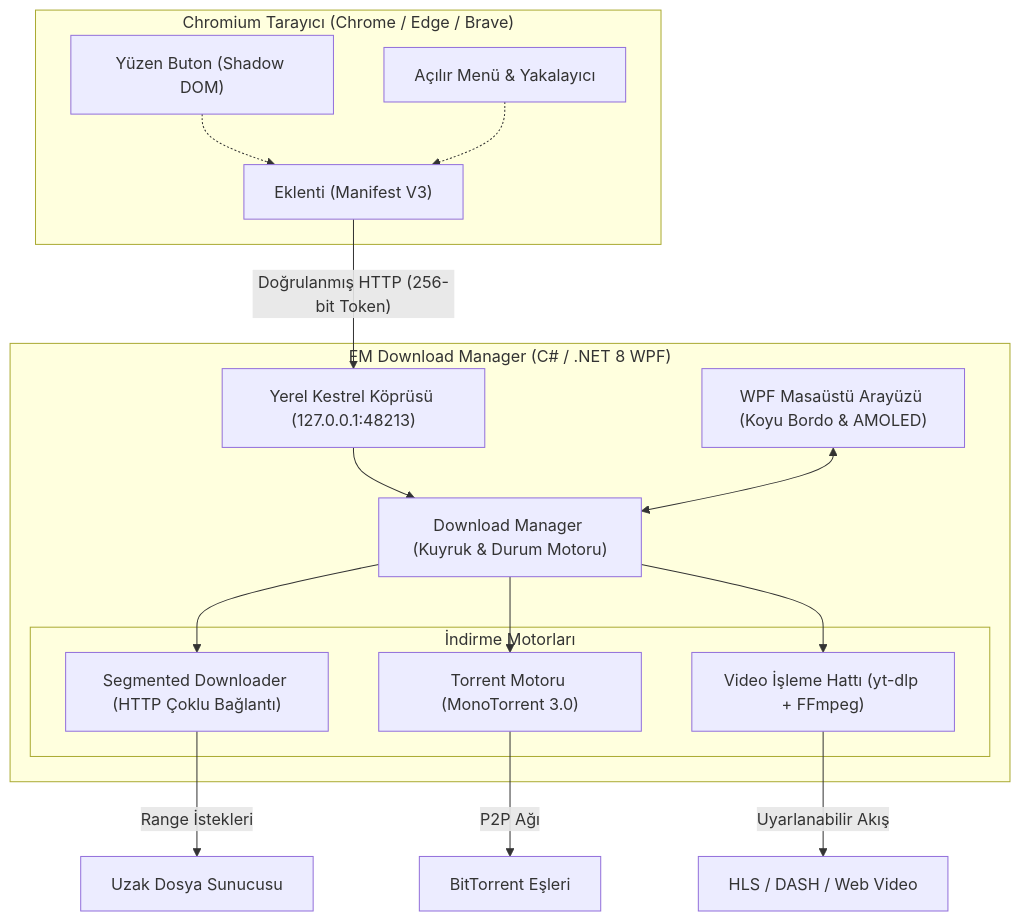
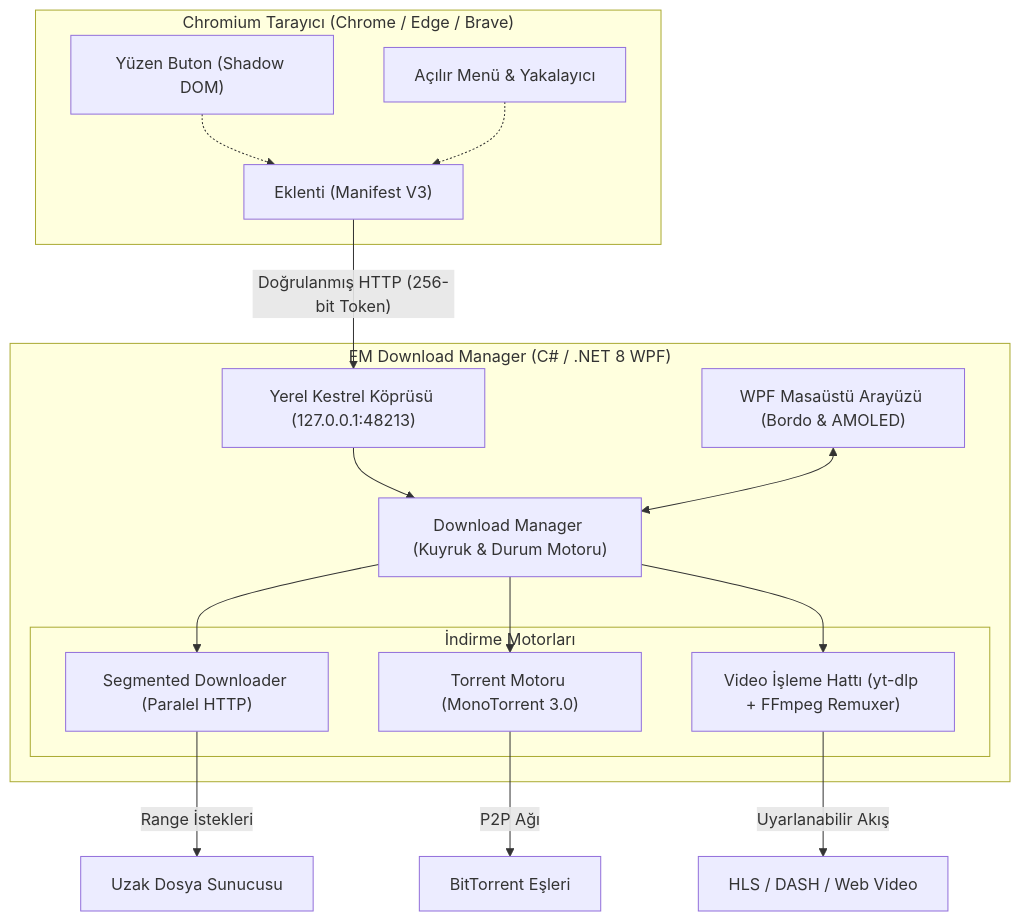
One commit to Ferdi-krbk/fm-download-manager changed the diagram in README.tr.md. Above: the diagram before and after it, drawn with Mermaid. The commit also changed other lines of this file and 3 other files, not shown here.

````diff
--- a/README.tr.md
+++ b/README.tr.md
@@ -104,32 +166,32 @@
 ```mermaid
 flowchart TD
     subgraph Browser["Chromium Tarayıcı (Chrome / Edge / Brave)"]
         EXT["Eklenti (Manifest V3)"]
         BAR["Yüzen Buton (Shadow DOM)"]
         POP["Açılır Menü & Yakalayıcı"]
     end
 
     subgraph Desktop["FM Download Manager (C# / .NET 8 WPF)"]
-        UI["WPF Masaüstü Arayüzü (Koyu Bordo & AMOLED)"]
+        UI["WPF Masaüstü Arayüzü (Bordo & AMOLED)"]
         BRIDGE["Yerel Kestrel Köprüsü (127.0.0.1:48213)"]
         MGR["Download Manager (Kuyruk & Durum Motoru)"]
         
         subgraph Engines["İndirme Motorları"]
-            SEG["Segmented Downloader (HTTP Çoklu Bağlantı)"]
+            SEG["Segmented Downloader (Paralel HTTP)"]
             TOR["Torrent Motoru (MonoTorrent 3.0)"]
-            VID["Video İşleme Hattı (yt-dlp + FFmpeg)"]
+            VID["Video İşleme Hattı (yt-dlp + FFmpeg Remuxer)"]
         end
     end
 
     EXT -- "Doğrulanmış HTTP (256-bit Token)" --> BRIDGE
     BAR -.-> EXT
     POP -.-> EXT
     BRIDGE --> MGR
     UI <--> MGR
     MGR --> SEG
     MGR --> TOR
     MGR --> VID
     SEG -- "Range İstekleri" --> WebServer["Uzak Dosya Sunucusu"]
     TOR -- "P2P Ağı" --> P2P["BitTorrent Eşleri"]
     VID -- "Uyarlanabilir Akış" --> MediaHost["HLS / DASH / Web Video"]
 ```
````
